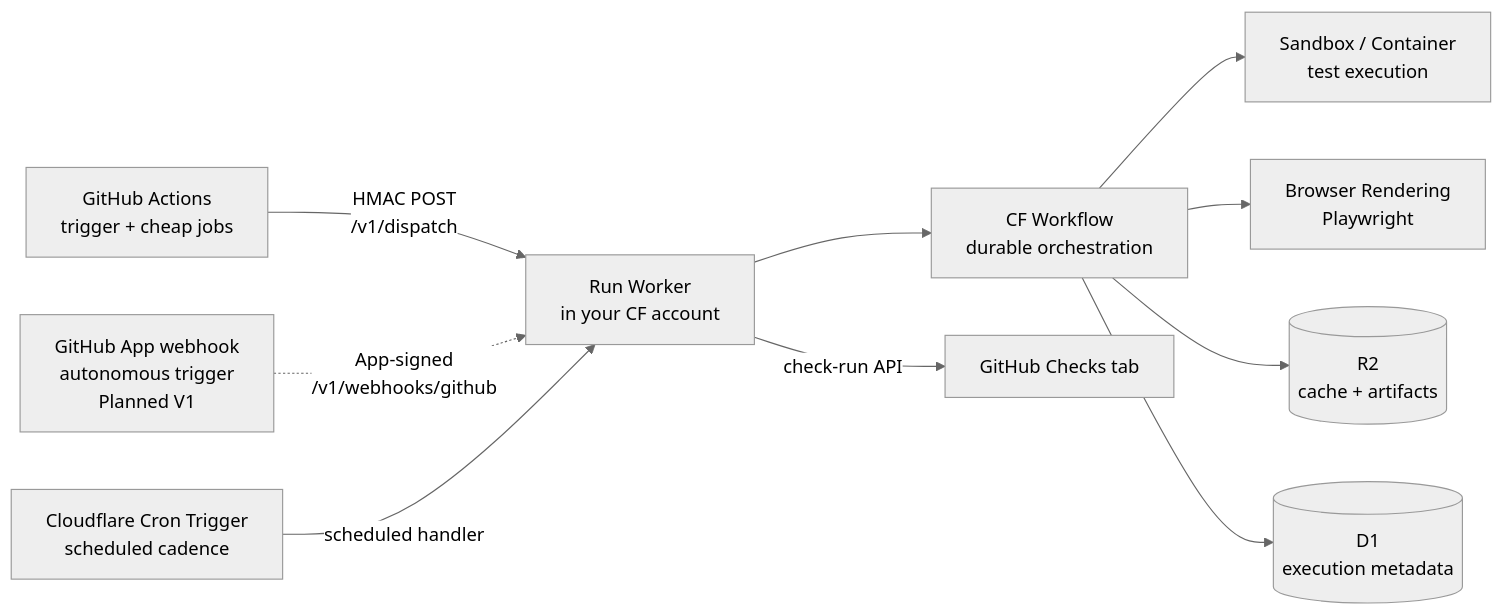
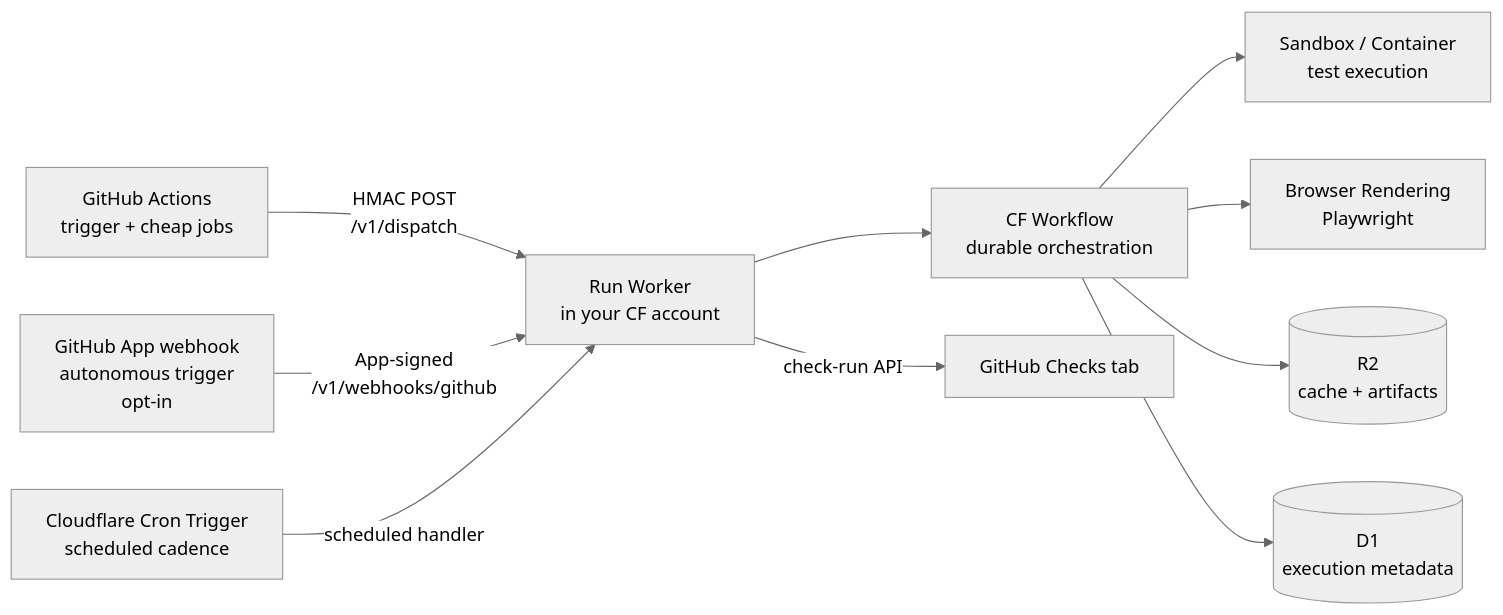
The diagram in specs/PRD.md (OpenHackersClub/flare-dispatch), drawn with Mermaid (neutral theme) before and after one commit. The commit also changed other lines of this file and 21 other files, not shown here.

````diff
--- a/specs/PRD.md
+++ b/specs/PRD.md
@@ -49,12 +50,12 @@
 ```mermaid
 flowchart LR
   GHA[GitHub Actions<br/>trigger + cheap jobs] -->|HMAC POST<br/>/v1/dispatch| W[Run Worker<br/>in your CF account]
-  APP[GitHub App webhook<br/>autonomous trigger<br/>Planned V1] -.->|App-signed<br/>/v1/webhooks/github| W
+  APP[GitHub App webhook<br/>autonomous trigger<br/>opt-in] -->|App-signed<br/>/v1/webhooks/github| W
   CRON[Cloudflare Cron Trigger<br/>scheduled cadence] -->|scheduled handler| W
   W --> WF[CF Workflow<br/>durable orchestration]
   WF --> SB[Sandbox / Container<br/>test execution]
   WF --> BR[Browser Rendering<br/>Playwright]
   WF --> R2[(R2<br/>cache + artifacts)]
   WF --> D1[(D1<br/>execution metadata)]
   W -->|check-run API| GH[GitHub Checks tab]
 ```
````
